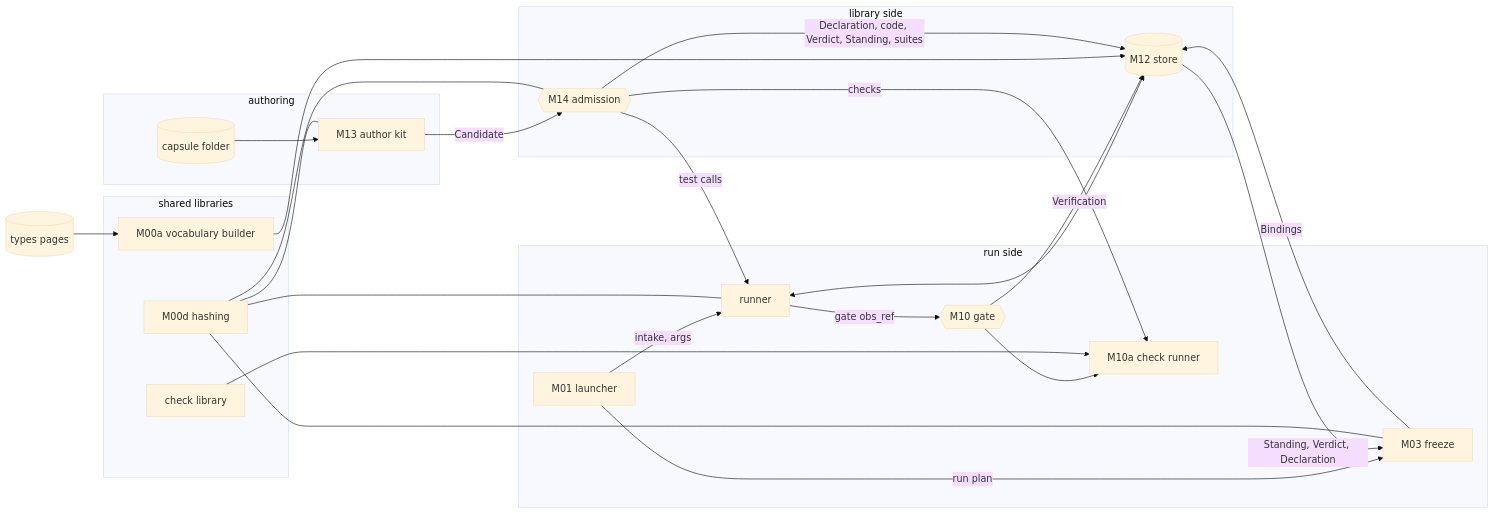
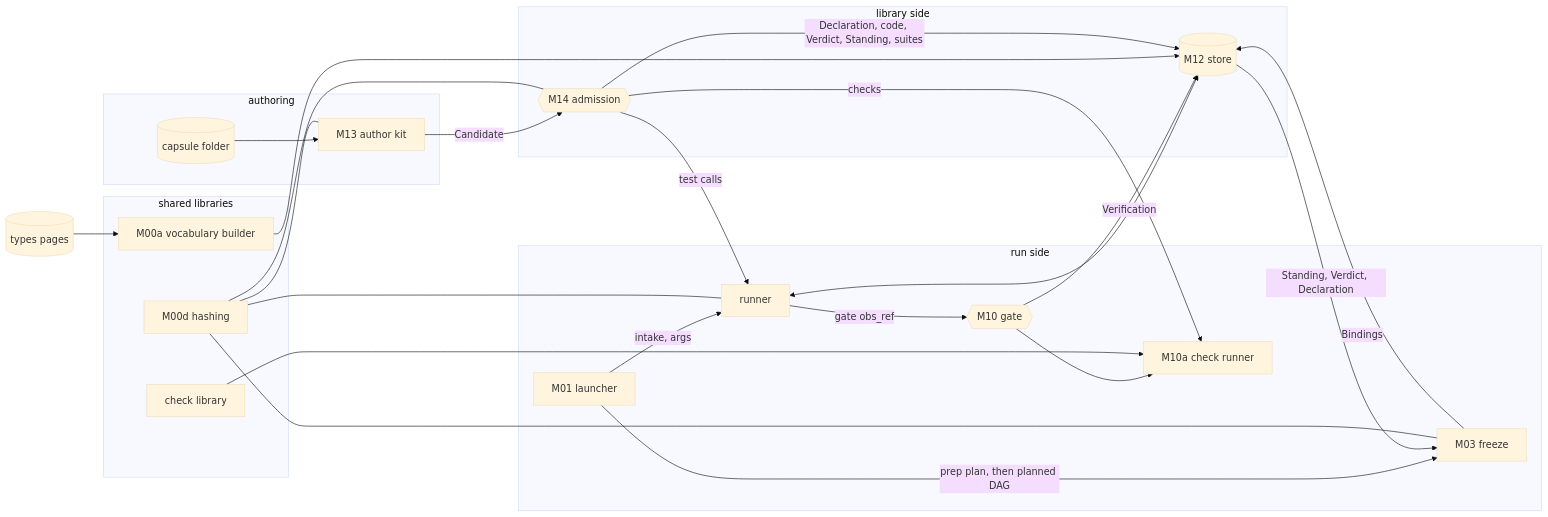
The first of 2 diagrams in docs/architecture/capsule/toolchain.md (Stellven/jiuwenswarm), drawn with Mermaid (base theme) before and after one commit. The commit also changed other lines of this file and 324 other files, not shown here.

First line of the commit message:
Reorganize architecture library into one thin, current M1 design

````diff
--- a/docs/architecture/capsule/toolchain.md
+++ b/docs/architecture/capsule/toolchain.md
@@ -15,37 +37,37 @@
 ```mermaid
 flowchart LR
     subgraph AUTHOR["authoring"]
         FOLD[("capsule folder")]
         KIT["M13 author kit"]
     end
     subgraph SHARED["shared libraries"]
         HASH["M00d hashing"]
         VB["M00a vocabulary builder"]
         CL["check library"]
     end
     subgraph LIBSIDE["library side"]
         ADM{{"M14 admission"}}
         ST[("M12 store")]
     end
     subgraph RUNSIDE["run side"]
         LN["M01 launcher"]
         FRZ["M03 freeze"]
         RUN["runner"]
         CR["M10a check runner"]
         GT{{"M10 gate"}}
     end
     TP[("types pages")] --> VB --> ST
     FOLD --> KIT -->|"Candidate"| ADM
     ADM -->|"test calls"| RUN
     ADM -->|"checks"| CR
     ADM -->|"Declaration, code, Verdict, Standing, suites"| ST
-    LN -->|"run plan"| FRZ
+    LN -->|"prep plan, then planned DAG"| FRZ
     ST -->|"Standing, Verdict, Declaration"| FRZ
     FRZ -->|"Bindings"| ST
     LN -->|"intake, args"| RUN
     RUN <--> ST
     RUN -->|"gate obs_ref"| GT --> CR
     CL --> CR
     GT -->|"Verification"| ST
     HASH --- KIT & ADM & FRZ & RUN
 ```
````
